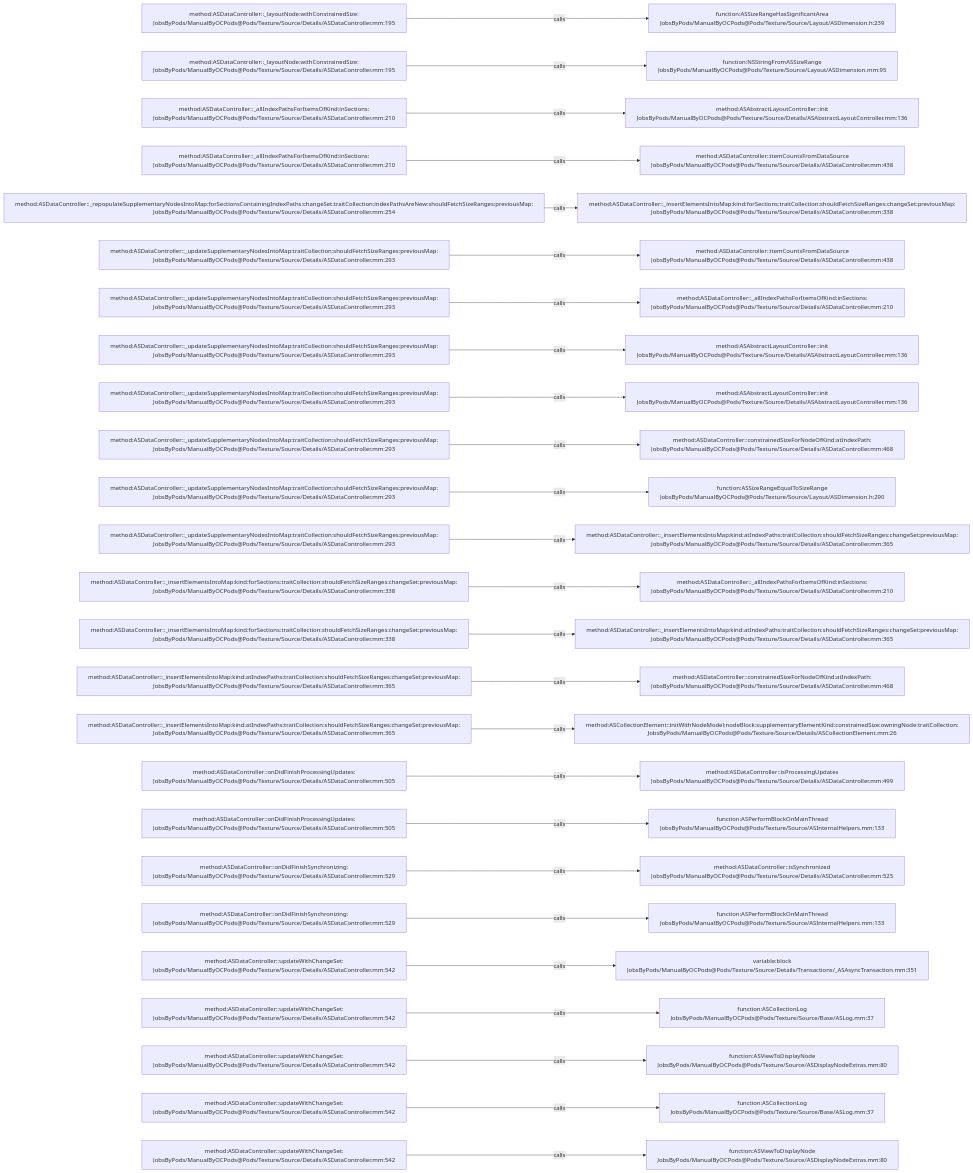
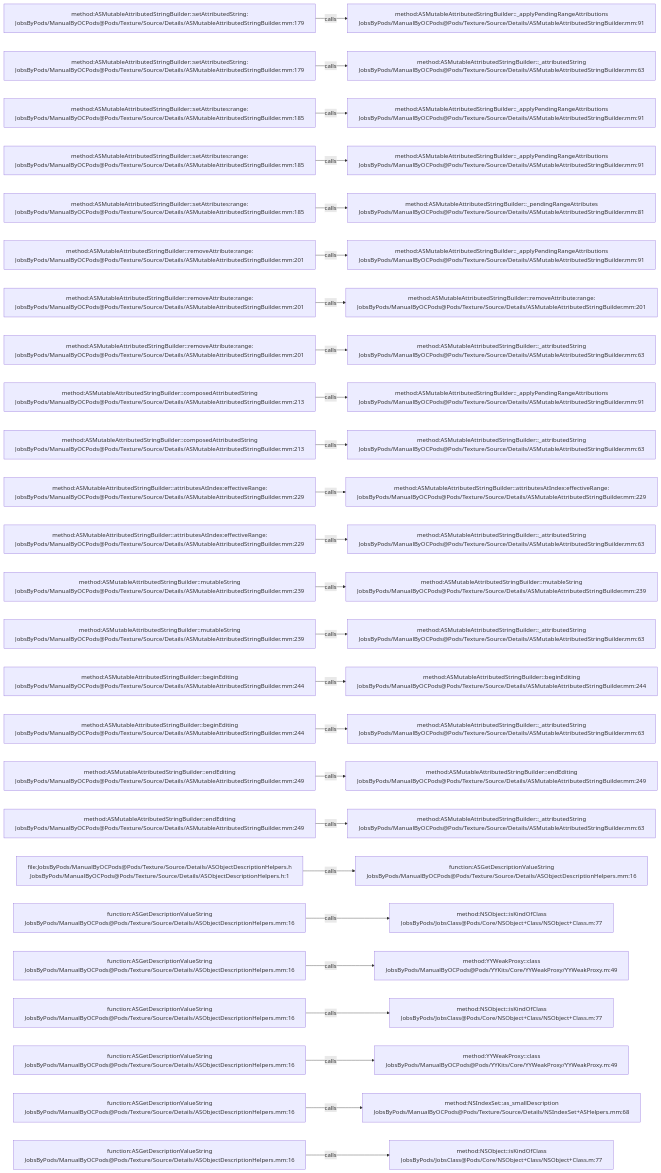
One commit to JobsKits/JobsOCBaseConfigDemo changed the diagram in .codegraph/codegraph.md/graphs/calls-152.md. Above: the diagram before and after it, drawn with Mermaid. The commit also changed 1448 other files, not shown here.

````diff
--- a/.codegraph/codegraph.md/graphs/calls-152.md
+++ b/.codegraph/codegraph.md/graphs/calls-152.md
@@ -13,78 +13,78 @@
 ```mermaid
 flowchart LR
-  S1["method:ASDataController::_layoutNode:withConstrainedSize:<br/>JobsByPods/ManualByOCPods@Pods/Texture/Source/Details/ASDataController.mm:195"]
-  T1["function:ASSizeRangeHasSignificantArea<br/>JobsByPods/ManualByOCPods@Pods/Texture/Source/Layout/ASDimension.h:239"]
+  S1["method:ASMutableAttributedStringBuilder::setAttributedString:<br/>JobsByPods/ManualByOCPods@Pods/Texture/Source/Details/ASMutableAttributedStringBuilder.mm:179"]
+  T1["method:ASMutableAttributedStringBuilder::_applyPendingRangeAttributions<br/>JobsByPods/ManualByOCPods@Pods/Texture/Source/Details/ASMutableAttributedStringBuilder.mm:91"]
   S1 -->|calls| T1
-  S2["method:ASDataController::_layoutNode:withConstrainedSize:<br/>JobsByPods/ManualByOCPods@Pods/Texture/Source/Details/ASDataController.mm:195"]
-  T2["function:NSStringFromASSizeRange<br/>JobsByPods/ManualByOCPods@Pods/Texture/Source/Layout/ASDimension.mm:95"]
+  S2["method:ASMutableAttributedStringBuilder::setAttributedString:<br/>JobsByPods/ManualByOCPods@Pods/Texture/Source/Details/ASMutableAttributedStringBuilder.mm:179"]
+  T2["method:ASMutableAttributedStringBuilder::_attributedString<br/>JobsByPods/ManualByOCPods@Pods/Texture/Source/Details/ASMutableAttributedStringBuilder.mm:63"]
   S2 -->|calls| T2
-  S3["method:ASDataController::_allIndexPathsForItemsOfKind:inSections:<br/>JobsByPods/ManualByOCPods@Pods/Texture/Source/Details/ASDataController.mm:210"]
-  T3["method:ASAbstractLayoutController::init<br/>JobsByPods/ManualByOCPods@Pods/Texture/Source/Details/ASAbstractLayoutController.mm:136"]
+  S3["method:ASMutableAttributedStringBuilder::setAttributes:range:<br/>JobsByPods/ManualByOCPods@Pods/Texture/Source/Details/ASMutableAttributedStringBuilder.mm:185"]
+  T3["method:ASMutableAttributedStringBuilder::_applyPendingRangeAttributions<br/>JobsByPods/ManualByOCPods@Pods/Texture/Source/Details/ASMutableAttributedStringBuilder.mm:91"]
   S3 -->|calls| T3
-  S4["method:ASDataController::_allIndexPathsForItemsOfKind:inSections:<br/>JobsByPods/ManualByOCPods@Pods/Texture/Source/Details/ASDataController.mm:210"]
-  T4["method:ASDataController::itemCountsFromDataSource<br/>JobsByPods/ManualByOCPods@Pods/Texture/Source/Details/ASDataController.mm:438"]
+  S4["method:ASMutableAttributedStringBuilder::setAttributes:range:<br/>JobsByPods/ManualByOCPods@Pods/Texture/Source/Details/ASMutableAttributedStringBuilder.mm:185"]
+  T4["method:ASMutableAttributedStringBuilder::_applyPendingRangeAttributions<br/>JobsByPods/ManualByOCPods@Pods/Texture/Source/Details/ASMutableAttributedStringBuilder.mm:91"]
   S4 -->|calls| T4
-  S5["method:ASDataController::_repopulateSupplementaryNodesIntoMap:forSectionsContainingIndexPaths:changeSet:traitCollection:indexPathsAreNew:shouldFetchSizeRanges:previousMap:<br/>JobsByPods/ManualByOCPods@Pods/Texture/Source/Details/ASDataController.mm:254"]
-  T5["method:ASDataController::_insertElementsIntoMap:kind:forSections:traitCollection:shouldFetchSizeRanges:changeSet:previousMap:<br/>JobsByPods/ManualByOCPods@Pods/Texture/Source/Details/ASDataController.mm:338"]
+  S5["method:ASMutableAttributedStringBuilder::setAttributes:range:<br/>JobsByPods/ManualByOCPods@Pods/Texture/Source/Details/ASMutableAttributedStringBuilder.mm:185"]
+  T5["method:ASMutableAttributedStringBuilder::_pendingRangeAttributes<br/>JobsByPods/ManualByOCPods@Pods/Texture/Source/Details/ASMutableAttributedStringBuilder.mm:81"]
   S5 -->|calls| T5
-  S6["method:ASDataController::_updateSupplementaryNodesIntoMap:traitCollection:shouldFetchSizeRanges:previousMap:<br/>JobsByPods/ManualByOCPods@Pods/Texture/Source/Details/ASDataController.mm:293"]
-  T6["method:ASDataController::itemCountsFromDataSource<br/>JobsByPods/ManualByOCPods@Pods/Texture/Source/Details/ASDataController.mm:438"]
+  S6["method:ASMutableAttributedStringBuilder::removeAttribute:range:<br/>JobsByPods/ManualByOCPods@Pods/Texture/Source/Details/ASMutableAttributedStringBuilder.mm:201"]
+  T6["method:ASMutableAttributedStringBuilder::_applyPendingRangeAttributions<br/>JobsByPods/ManualByOCPods@Pods/Texture/Source/Details/ASMutableAttributedStringBuilder.mm:91"]
   S6 -->|calls| T6
-  S7["method:ASDataController::_updateSupplementaryNodesIntoMap:traitCollection:shouldFetchSizeRanges:previousMap:<br/>JobsByPods/ManualByOCPods@Pods/Texture/Source/Details/ASDataController.mm:293"]
-  T7["method:ASDataController::_allIndexPathsForItemsOfKind:inSections:<br/>JobsByPods/ManualByOCPods@Pods/Texture/Source/Details/ASDataController.mm:210"]
+  S7["method:ASMutableAttributedStringBuilder::removeAttribute:range:<br/>JobsByPods/ManualByOCPods@Pods/Texture/Source/Details/ASMutableAttributedStringBuilder.mm:201"]
+  T7["method:ASMutableAttributedStringBuilder::removeAttribute:range:<br/>JobsByPods/ManualByOCPods@Pods/Texture/Source/Details/ASMutableAttributedStringBuilder.mm:201"]
   S7 -->|calls| T7
-  S8["method:ASDataController::_updateSupplementaryNodesIntoMap:traitCollection:shouldFetchSizeRanges:previousMap:<br/>JobsByPods/ManualByOCPods@Pods/Texture/Source/Details/ASDataController.mm:293"]
-  T8["method:ASAbstractLayoutController::init<br/>JobsByPods/ManualByOCPods@Pods/Texture/Source/Details/ASAbstractLayoutController.mm:136"]
+  S8["method:ASMutableAttributedStringBuilder::removeAttribute:range:<br/>JobsByPods/ManualByOCPods@Pods/Texture/Source/Details/ASMutableAttributedStringBuilder.mm:201"]
+  T8["method:ASMutableAttributedStringBuilder::_attributedString<br/>JobsByPods/ManualByOCPods@Pods/Texture/Source/Details/ASMutableAttributedStringBuilder.mm:63"]
   S8 -->|calls| T8
-  S9["method:ASDataController::_updateSupplementaryNodesIntoMap:traitCollection:shouldFetchSizeRanges:previousMap:<br/>JobsByPods/ManualByOCPods@Pods/Texture/Source/Details/ASDataController.mm:293"]
-  T9["method:ASAbstractLayoutController::init<br/>JobsByPods/ManualByOCPods@Pods/Texture/Source/Details/ASAbstractLayoutController.mm:136"]
+  S9["method:ASMutableAttributedStringBuilder::composedAttributedString<br/>JobsByPods/ManualByOCPods@Pods/Texture/Source/Details/ASMutableAttributedStringBuilder.mm:213"]
+  T9["method:ASMutableAttributedStringBuilder::_applyPendingRangeAttributions<br/>JobsByPods/ManualByOCPods@Pods/Texture/Source/Details/ASMutableAttributedStringBuilder.mm:91"]
   S9 -->|calls| T9
-  S10["method:ASDataController::_updateSupplementaryNodesIntoMap:traitCollection:shouldFetchSizeRanges:previousMap:<br/>JobsByPods/ManualByOCPods@Pods/Texture/Source/Details/ASDataController.mm:293"]
-  T10["method:ASDataController::constrainedSizeForNodeOfKind:atIndexPath:<br/>JobsByPods/ManualByOCPods@Pods/Texture/Source/Details/ASDataController.mm:468"]
+  S10["method:ASMutableAttributedStringBuilder::composedAttributedString<br/>JobsByPods/ManualByOCPods@Pods/Texture/Source/Details/ASMutableAttributedStringBuilder.mm:213"]
+  T10["method:ASMutableAttributedStringBuilder::_attributedString<br/>JobsByPods/ManualByOCPods@Pods/Texture/Source/Details/ASMutableAttributedStringBuilder.mm:63"]
   S10 -->|calls| T10
-  S11["method:ASDataController::_updateSupplementaryNodesIntoMap:traitCollection:shouldFetchSizeRanges:previousMap:<br/>JobsByPods/ManualByOCPods@Pods/Texture/Source/Details/ASDataController.mm:293"]
-  T11["function:ASSizeRangeEqualToSizeRange<br/>JobsByPods/ManualByOCPods@Pods/Texture/Source/Layout/ASDimension.h:290"]
+  S11["method:ASMutableAttributedStringBuilder::attributesAtIndex:effectiveRange:<br/>JobsByPods/ManualByOCPods@Pods/Texture/Source/Details/ASMutableAttributedStringBuilder.mm:229"]
+  T11["method:ASMutableAttributedStringBuilder::attributesAtIndex:effectiveRange:<br/>JobsByPods/ManualByOCPods@Pods/Texture/Source/Details/ASMutableAttributedStringBuilder.mm:229"]
   S11 -->|calls| T11
-  S12["method:ASDataController::_updateSupplementaryNodesIntoMap:traitCollection:shouldFetchSizeRanges:previousMap:<br/>JobsByPods/ManualByOCPods@Pods/Texture/Source/Details/ASDataController.mm:293"]
-  T12["method:ASDataController::_insertElementsIntoMap:kind:atIndexPaths:traitCollection:shouldFetchSizeRanges:changeSet:previousMap:<br/>JobsByPods/ManualByOCPods@Pods/Texture/Source/Details/ASDataController.mm:365"]
+  S12["method:ASMutableAttributedStringBuilder::attributesAtIndex:effectiveRange:<br/>JobsByPods/ManualByOCPods@Pods/Texture/Source/Details/ASMutableAttributedStringBuilder.mm:229"]
+  T12["method:ASMutableAttributedStringBuilder::_attributedString<br/>JobsByPods/ManualByOCPods@Pods/Texture/Source/Details/ASMutableAttributedStringBuilder.mm:63"]
   S12 -->|calls| T12
-  S13["method:ASDataController::_insertElementsIntoMap:kind:forSections:traitCollection:shouldFetchSizeRanges:changeSet:previousMap:<br/>JobsByPods/ManualByOCPods@Pods/Texture/Source/Details/ASDataController.mm:338"]
-  T13["method:ASDataController::_allIndexPathsForItemsOfKind:inSections:<br/>JobsByPods/ManualByOCPods@Pods/Texture/Source/Details/ASDataController.mm:210"]
+  S13["method:ASMutableAttributedStringBuilder::mutableString<br/>JobsByPods/ManualByOCPods@Pods/Texture/Source/Details/ASMutableAttributedStringBuilder.mm:239"]
+  T13["method:ASMutableAttributedStringBuilder::mutableString<br/>JobsByPods/ManualByOCPods@Pods/Texture/Source/Details/ASMutableAttributedStringBuilder.mm:239"]
   S13 -->|calls| T13
-  S14["method:ASDataController::_insertElementsIntoMap:kind:forSections:traitCollection:shouldFetchSizeRanges:changeSet:previousMap:<br/>JobsByPods/ManualByOCPods@Pods/Texture/Source/Details/ASDataController.mm:338"]
-  T14["method:ASDataController::_insertElementsIntoMap:kind:atIndexPaths:traitCollection:shouldFetchSizeRanges:changeSet:previousMap:<br/>JobsByPods/ManualByOCPods@Pods/Texture/Source/Details/ASDataController.mm:365"]
+  S14["method:ASMutableAttributedStringBuilder::mutableString<br/>JobsByPods/ManualByOCPods@Pods/Texture/Source/Details/ASMutableAttributedStringBuilder.mm:239"]
+  T14["method:ASMutableAttributedStringBuilder::_attributedString<br/>JobsByPods/ManualByOCPods@Pods/Texture/Source/Details/ASMutableAttributedStringBuilder.mm:63"]
   S14 -->|calls| T14
-  S15["method:ASDataController::_insertElementsIntoMap:kind:atIndexPaths:traitCollection:shouldFetchSizeRanges:changeSet:previousMap:<br/>JobsByPods/ManualByOCPods@Pods/Texture/Source/Details/ASDataController.mm:365"]
-  T15["method:ASDataController::constrainedSizeForNodeOfKind:atIndexPath:<br/>JobsByPods/ManualByOCPods@Pods/Texture/Source/Details/ASDataController.mm:468"]
+  S15["method:ASMutableAttributedStringBuilder::beginEditing<br/>JobsByPods/ManualByOCPods@Pods/Texture/Source/Details/ASMutableAttributedStringBuilder.mm:244"]
+  T15["method:ASMutableAttributedStringBuilder::beginEditing<br/>JobsByPods/ManualByOCPods@Pods/Texture/Source/Details/ASMutableAttributedStringBuilder.mm:244"]
   S15 -->|calls| T15
-  S16["method:ASDataController::_insertElementsIntoMap:kind:atIndexPaths:traitCollection:shouldFetchSizeRanges:changeSet:previousMap:<br/>JobsByPods/ManualByOCPods@Pods/Texture/Source/Details/ASDataController.mm:365"]
-  T16["method:ASCollectionElement::initWithNodeModel:nodeBlock:supplementaryElementKind:constrainedSize:owningNode:traitCollection:<br/>JobsByPods/ManualByOCPods@Pods/Texture/Source/Details/ASCollectionElement.mm:26"]
+  S16["method:ASMutableAttributedStringBuilder::beginEditing<br/>JobsByPods/ManualByOCPods@Pods/Texture/Source/Details/ASMutableAttributedStringBuilder.mm:244"]
+  T16["method:ASMutableAttributedStringBuilder::_attributedString<br/>JobsByPods/ManualByOCPods@Pods/Texture/Source/Details/ASMutableAttributedStringBuilder.mm:63"]
   S16 -->|calls| T16
-  S17["method:ASDataController::onDidFinishProcessingUpdates:<br/>JobsByPods/ManualByOCPods@Pods/Texture/Source/Details/ASDataController.mm:505"]
-  T17["method:ASDataController::isProcessingUpdates<br/>JobsByPods/ManualByOCPods@Pods/Texture/Source/Details/ASDataController.mm:499"]
+  S17["method:ASMutableAttributedStringBuilder::endEditing<br/>JobsByPods/ManualByOCPods@Pods/Texture/Source/Details/ASMutableAttributedStringBuilder.mm:249"]
+  T17["method:ASMutableAttributedStringBuilder::endEditing<br/>JobsByPods/ManualByOCPods@Pods/Texture/Source/Details/ASMutableAttributedStringBuilder.mm:249"]
   S17 -->|calls| T17
-  S18["method:ASDataController::onDidFinishProcessingUpdates:<br/>JobsByPods/ManualByOCPods@Pods/Texture/Source/Details/ASDataController.mm:505"]
-  T18["function:ASPerformBlockOnMainThread<br/>JobsByPods/ManualByOCPods@Pods/Texture/Source/ASInternalHelpers.mm:133"]
+  S18["method:ASMutableAttributedStringBuilder::endEditing<br/>JobsByPods/ManualByOCPods@Pods/Texture/Source/Details/ASMutableAttributedStringBuilder.mm:249"]
+  T18["method:ASMutableAttributedStringBuilder::_attributedString<br/>JobsByPods/ManualByOCPods@Pods/Texture/Source/Details/ASMutableAttributedStringBuilder.mm:63"]
   S18 -->|calls| T18
-  S19["method:ASDataController::onDidFinishSynchronizing:<br/>JobsByPods/ManualByOCPods@Pods/Texture/Source/Details/ASDataController.mm:529"]
-  T19["method:ASDataController::isSynchronized<br/>JobsByPods/ManualByOCPods@Pods/Texture/Source/Details/ASDataController.mm:525"]
+  S19["file:JobsByPods/ManualByOCPods@Pods/Texture/Source/Details/ASObjectDescriptionHelpers.h<br/>JobsByPods/ManualByOCPods@Pods/Texture/Source/Details/ASObjectDescriptionHelpers.h:1"]
+  T19["function:ASGetDescriptionValueString<br/>JobsByPods/ManualByOCPods@Pods/Texture/Source/Details/ASObjectDescriptionHelpers.mm:16"]
   S19 -->|calls| T19
-  S20["method:ASDataController::onDidFinishSynchronizing:<br/>JobsByPods/ManualByOCPods@Pods/Texture/Source/Details/ASDataController.mm:529"]
-  T20["function:ASPerformBlockOnMainThread<br/>JobsByPods/ManualByOCPods@Pods/Texture/Source/ASInternalHelpers.mm:133"]
+  S20["function:ASGetDescriptionValueString<br/>JobsByPods/ManualByOCPods@Pods/Texture/Source/Details/ASObjectDescriptionHelpers.mm:16"]
+  T20["method:NSObject::isKindOfClass<br/>JobsByPods/JobsClass@Pods/Core/NSObject+Class/NSObject+Class.m:77"]
   S20 -->|calls| T20
-  S21["method:ASDataController::updateWithChangeSet:<br/>JobsByPods/ManualByOCPods@Pods/Texture/Source/Details/ASDataController.mm:542"]
-  T21["variable:block<br/>JobsByPods/ManualByOCPods@Pods/Texture/Source/Details/Transactions/_ASAsyncTransaction.mm:351"]
+  S21["function:ASGetDescriptionValueString<br/>JobsByPods/ManualByOCPods@Pods/Texture/Source/Details/ASObjectDescriptionHelpers.mm:16"]
+  T21["method:YYWeakProxy::class<br/>JobsByPods/ManualByOCPods@Pods/YYKits/Core/YYWeakProxy/YYWeakProxy.m:49"]
   S21 -->|calls| T21
-  S22["method:ASDataController::updateWithChangeSet:<br/>JobsByPods/ManualByOCPods@Pods/Texture/Source/Details/ASDataController.mm:542"]
-  T22["function:ASCollectionLog<br/>JobsByPods/ManualByOCPods@Pods/Texture/Source/Base/ASLog.mm:37"]
+  S22["function:ASGetDescriptionValueString<br/>JobsByPods/ManualByOCPods@Pods/Texture/Source/Details/ASObjectDescriptionHelpers.mm:16"]
+  T22["method:NSObject::isKindOfClass<br/>JobsByPods/JobsClass@Pods/Core/NSObject+Class/NSObject+Class.m:77"]
   S22 -->|calls| T22
-  S23["method:ASDataController::updateWithChangeSet:<br/>JobsByPods/ManualByOCPods@Pods/Texture/Source/Details/ASDataController.mm:542"]
-  T23["function:ASViewToDisplayNode<br/>JobsByPods/ManualByOCPods@Pods/Texture/Source/ASDisplayNodeExtras.mm:80"]
+  S23["function:ASGetDescriptionValueString<br/>JobsByPods/ManualByOCPods@Pods/Texture/Source/Details/ASObjectDescriptionHelpers.mm:16"]
+  T23["method:YYWeakProxy::class<br/>JobsByPods/ManualByOCPods@Pods/YYKits/Core/YYWeakProxy/YYWeakProxy.m:49"]
   S23 -->|calls| T23
-  S24["method:ASDataController::updateWithChangeSet:<br/>JobsByPods/ManualByOCPods@Pods/Texture/Source/Details/ASDataController.mm:542"]
-  T24["function:ASCollectionLog<br/>JobsByPods/ManualByOCPods@Pods/Texture/Source/Base/ASLog.mm:37"]
+  S24["function:ASGetDescriptionValueString<br/>JobsByPods/ManualByOCPods@Pods/Texture/Source/Details/ASObjectDescriptionHelpers.mm:16"]
+  T24["method:NSIndexSet::as_smallDescription<br/>JobsByPods/ManualByOCPods@Pods/Texture/Source/Details/NSIndexSet+ASHelpers.mm:68"]
   S24 -->|calls| T24
-  S25["method:ASDataController::updateWithChangeSet:<br/>JobsByPods/ManualByOCPods@Pods/Texture/Source/Details/ASDataController.mm:542"]
-  T25["function:ASViewToDisplayNode<br/>JobsByPods/ManualByOCPods@Pods/Texture/Source/ASDisplayNodeExtras.mm:80"]
+  S25["function:ASGetDescriptionValueString<br/>JobsByPods/ManualByOCPods@Pods/Texture/Source/Details/ASObjectDescriptionHelpers.mm:16"]
+  T25["method:NSObject::isKindOfClass<br/>JobsByPods/JobsClass@Pods/Core/NSObject+Class/NSObject+Class.m:77"]
   S25 -->|calls| T25
 ```
````
